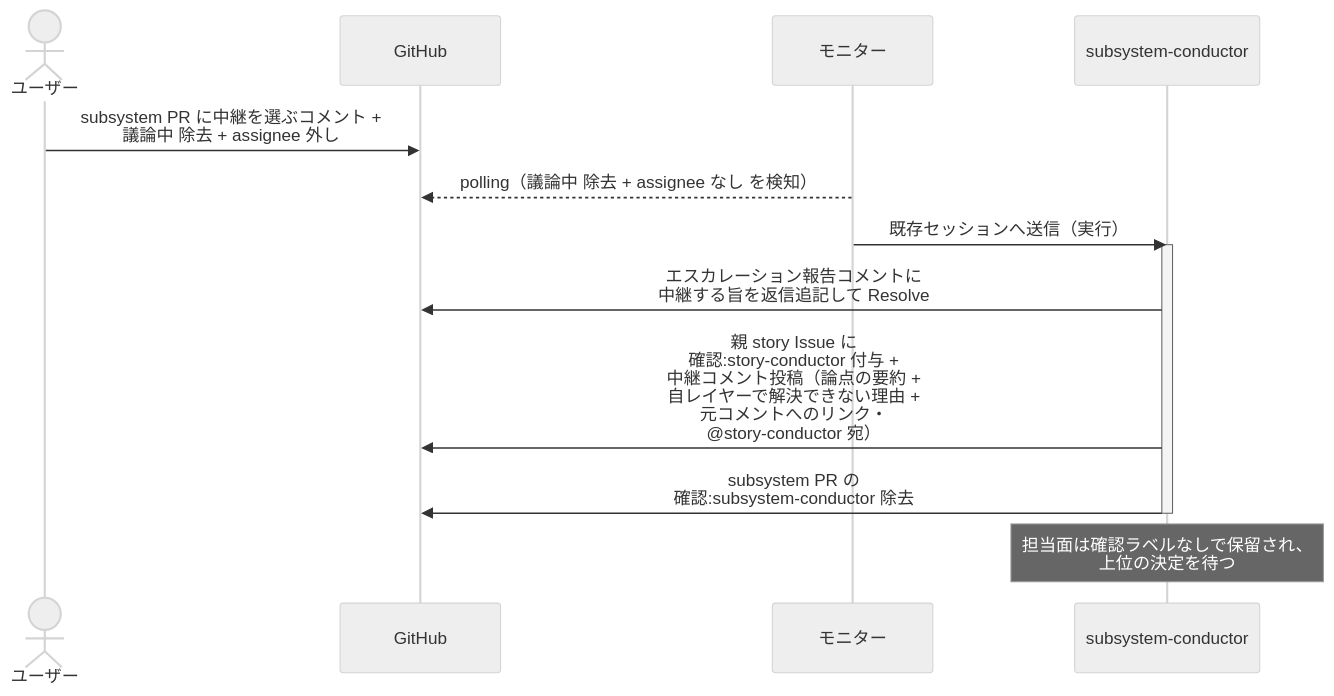
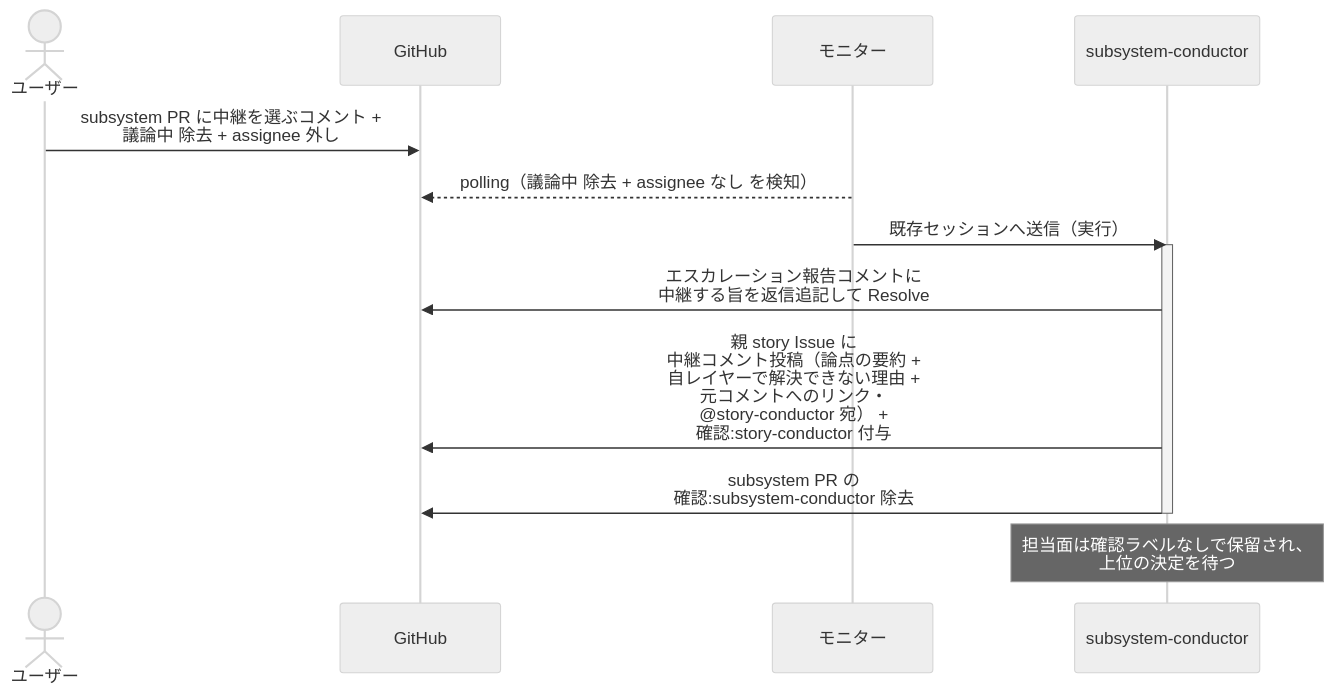
One commit to shuhei1101/ai-monitor changed the third of 6 diagrams in docs/wiki/設計図/シナリオ/単一ユースケース/エスカレーション対応.md. Above: the diagram before and after it, drawn with Mermaid (neutral theme). The commit also changed other lines of this file and 29 other files, not shown here.

````diff
--- a/docs/wiki/設計図/シナリオ/単一ユースケース/エスカレーション対応.md
+++ b/docs/wiki/設計図/シナリオ/単一ユースケース/エスカレーション対応.md
@@ -102,17 +102,17 @@
 ```mermaid
 sequenceDiagram
   actor U as ユーザー
   participant GH as GitHub
   participant ORC as モニター
   participant MON as subsystem-conductor
 
   U->>GH: subsystem PR に中継を選ぶコメント +<br>議論中 除去 + assignee 外し
   ORC-->>GH: polling（議論中 除去 + assignee なし を検知）
   ORC->>MON: 既存セッションへ送信（実行）
   activate MON
   MON->>GH: エスカレーション報告コメントに<br>中継する旨を返信追記して Resolve
-  MON->>GH: 親 story Issue に<br>確認:story-conductor 付与 +<br>中継コメント投稿（論点の要約 +<br>自レイヤーで解決できない理由 +<br>元コメントへのリンク・<br>@story-conductor 宛）
+  MON->>GH: 親 story Issue に<br>中継コメント投稿（論点の要約 +<br>自レイヤーで解決できない理由 +<br>元コメントへのリンク・<br>@story-conductor 宛） +<br>確認:story-conductor 付与
   MON->>GH: subsystem PR の<br>確認:subsystem-conductor 除去
   deactivate MON
   Note over MON: 担当面は確認ラベルなしで保留され、<br>上位の決定を待つ
 ```
````
